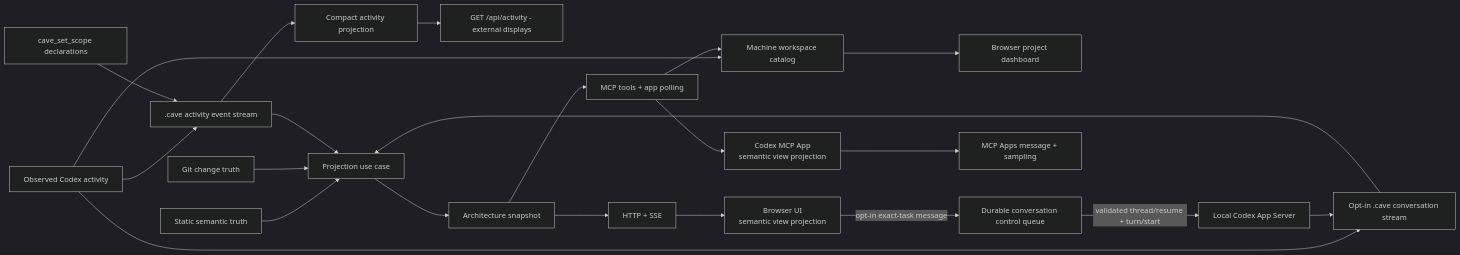
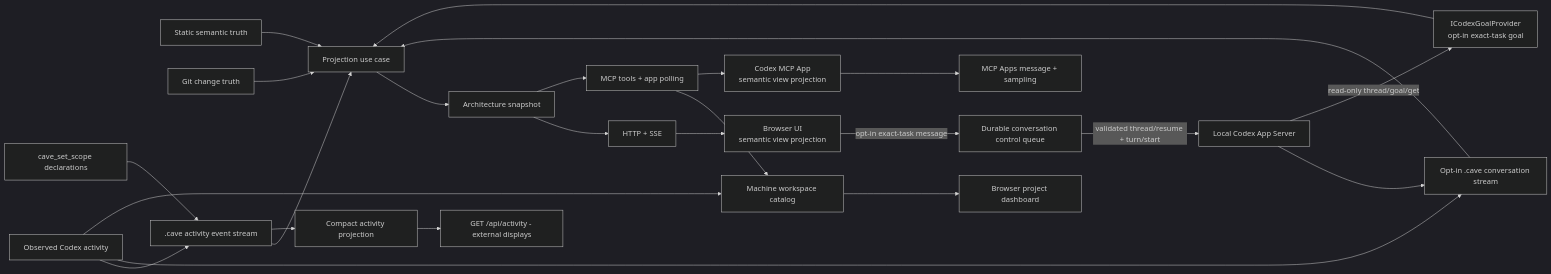
One commit to MartinGroh/Codex-Architecture-Visualizer-Engine changed the second of 2 diagrams in Architecture.md. Above: the diagram before and after it, drawn with Mermaid (dark theme). The commit also changed other lines of this file and 39 other files, not shown here.

Commit message:
Show shared Codex goals and compact agent flow

````diff
--- a/Architecture.md
+++ b/Architecture.md
@@ -52,24 +52,26 @@
 ```mermaid
 flowchart LR
     CodeGraph["Static semantic truth"] --> Projection["Projection use case"]
     Git["Git change truth"] --> Projection
     Hooks["Observed Codex activity"] --> Events[".cave activity event stream"]
     Hooks --> Conversation["Opt-in .cave conversation stream"]
     Scope["cave_set_scope declarations"] --> Events
     Events --> Projection
     Events --> Compact["Compact activity projection"]
     Compact --> Display["GET /api/activity - external displays"]
     Conversation --> Projection
     Projection --> Snapshot["Architecture snapshot"]
     Snapshot --> API["HTTP + SSE"]
     Snapshot --> Tools["MCP tools + app polling"]
     Hooks --> Catalog["Machine workspace catalog"]
     Tools --> Catalog
     Catalog --> Dashboard["Browser project dashboard"]
     API --> UI["Browser UI\nsemantic view projection"]
     UI -->|"opt-in exact-task message"| Control["Durable conversation control queue"]
     Control -->|"validated thread/resume + turn/start"| AppServer["Local Codex App Server"]
     AppServer --> Conversation
+    AppServer -->|"read-only thread/goal/get"| Goal["ICodexGoalProvider\nopt-in exact-task goal"]
+    Goal --> Projection
     Tools --> UI2["Codex MCP App\nsemantic view projection"]
     UI2 --> HostChat["MCP Apps message + sampling"]
 ```
````
